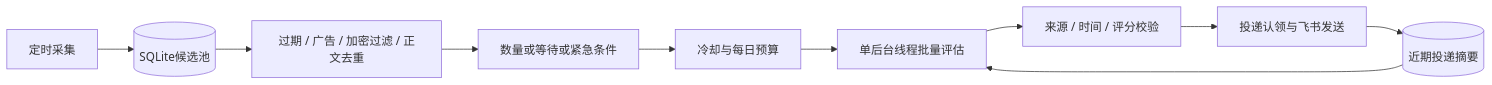
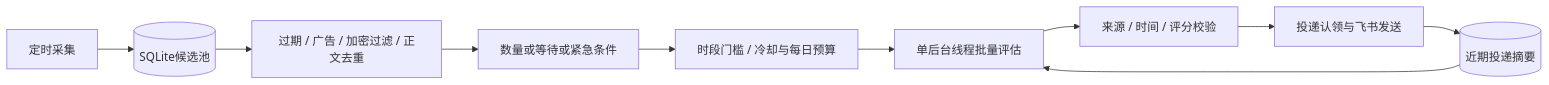
One commit to bazz1111/tg_news_monitor changed the diagram in README.md. Above: the diagram before and after it, drawn with Mermaid. The commit also changed other lines of this file and 12 other files, not shown here.

````diff
--- a/README.md
+++ b/README.md
@@ -21,12 +22,12 @@
 ```mermaid
 flowchart LR
     A[定时采集] --> B[(SQLite候选池)]
     B --> C[过期 / 广告 / 加密过滤 / 正文去重]
     C --> D[数量或等待或紧急条件]
-    D --> E[冷却与每日预算]
+    D --> E[时段门槛 / 冷却与每日预算]
     E --> F[单后台线程批量评估]
     G[(近期投递摘要)] --> F
     F --> H[来源 / 时间 / 评分校验]
     H --> I[投递认领与飞书发送]
     I --> G
 ```
````
